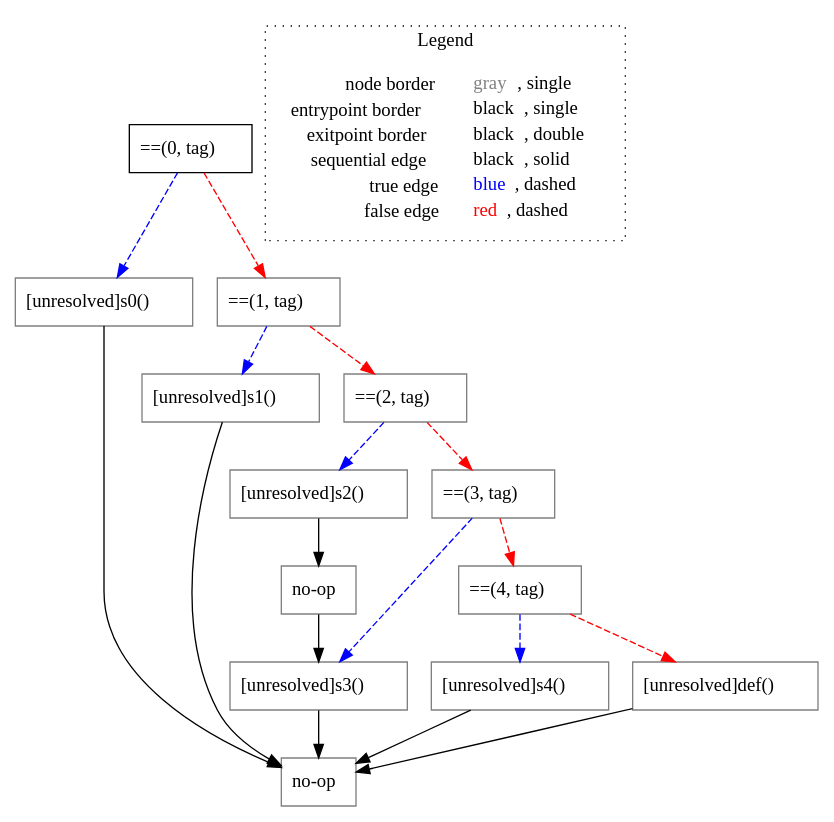
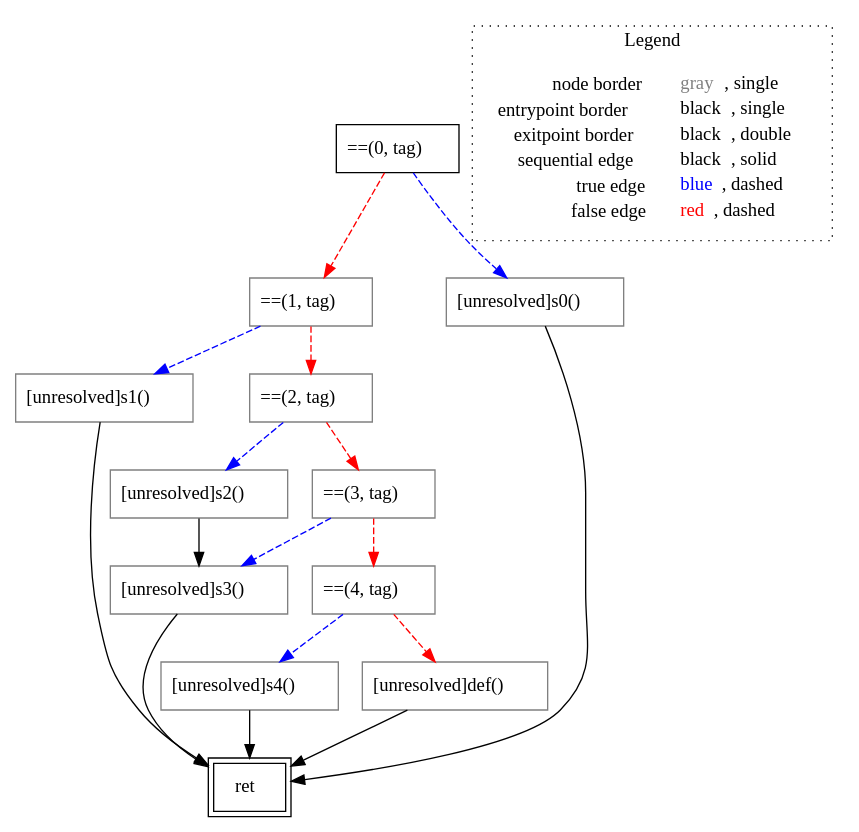
The diagram in go-lisa/test-outputs/cfg/switch/untyped_~LiSAProgram.mixed(int_tag).dot (lisa-analyzer/go-lisa), drawn with Graphviz before and after one commit. The commit also changed 27 other files, not shown here.

```diff
--- a/go-lisa/test-outputs/cfg/switch/untyped_~LiSAProgram.mixed(int_tag).dot
+++ b/go-lisa/test-outputs/cfg/switch/untyped_~LiSAProgram.mixed(int_tag).dot
@@ -1,39 +1,37 @@
 digraph {
 	"node0" [shape="rect",color="black",label=<==(0, tag)>];
-	"node1" [shape="rect",color="gray",label=<[unresolved]s4()>];
-	"node2" [shape="rect",color="gray",label=<==(4, tag)>];
-	"node3" [shape="rect",color="gray",label=<[unresolved]s2()>];
-	"node4" [shape="rect",color="gray",label=<[unresolved]def()>];
-	"node5" [shape="rect",color="gray",label=<[unresolved]s3()>];
-	"node6" [shape="rect",color="gray",label=<[unresolved]s0()>];
-	"node7" [shape="rect",color="gray",label=<[unresolved]s1()>];
-	"node8" [shape="rect",color="gray",label=<==(3, tag)>];
-	"node9" [shape="rect",color="gray",label=<==(2, tag)>];
-	"node10" [shape="rect",color="gray",label=<no-op>];
-	"node11" [shape="rect",color="gray",label=<==(1, tag)>];
-	"node12" [shape="rect",color="gray",label=<no-op>];
-	"node1" -> "node12" [color="black"];
-	"node2" -> "node1" [color="blue",style="dashed"];
-	"node2" -> "node4" [color="red",style="dashed"];
-	"node3" -> "node10" [color="black"];
-	"node4" -> "node12" [color="black"];
-	"node5" -> "node12" [color="black"];
-	"node6" -> "node12" [color="black"];
-	"node7" -> "node12" [color="black"];
-	"node8" -> "node2" [color="red",style="dashed"];
-	"node8" -> "node5" [color="blue",style="dashed"];
-	"node9" -> "node3" [color="blue",style="dashed"];
-	"node9" -> "node8" [color="red",style="dashed"];
-	"node10" -> "node5" [color="black"];
-	"node11" -> "node7" [color="blue",style="dashed"];
-	"node11" -> "node9" [color="red",style="dashed"];
-	"node0" -> "node11" [color="red",style="dashed"];
-	"node0" -> "node6" [color="blue",style="dashed"];
+	"node1" [shape="rect",color="black",peripheries="2",label=<ret>];
+	"node2" [shape="rect",color="gray",label=<==(1, tag)>];
+	"node3" [shape="rect",color="gray",label=<==(4, tag)>];
+	"node4" [shape="rect",color="gray",label=<[unresolved]s2()>];
+	"node5" [shape="rect",color="gray",label=<==(3, tag)>];
+	"node6" [shape="rect",color="gray",label=<[unresolved]s1()>];
+	"node7" [shape="rect",color="gray",label=<[unresolved]s0()>];
+	"node8" [shape="rect",color="gray",label=<==(2, tag)>];
+	"node9" [shape="rect",color="gray",label=<[unresolved]s4()>];
+	"node10" [shape="rect",color="gray",label=<[unresolved]s3()>];
+	"node11" [shape="rect",color="gray",label=<[unresolved]def()>];
+	"node2" -> "node6" [color="blue",style="dashed"];
+	"node2" -> "node8" [color="red",style="dashed"];
+	"node3" -> "node9" [color="blue",style="dashed"];
+	"node3" -> "node11" [color="red",style="dashed"];
+	"node4" -> "node10" [color="black"];
+	"node5" -> "node10" [color="blue",style="dashed"];
+	"node5" -> "node3" [color="red",style="dashed"];
+	"node6" -> "node1" [color="black"];
+	"node7" -> "node1" [color="black"];
+	"node8" -> "node4" [color="blue",style="dashed"];
+	"node8" -> "node5" [color="red",style="dashed"];
+	"node9" -> "node1" [color="black"];
+	"node10" -> "node1" [color="black"];
+	"node0" -> "node7" [color="blue",style="dashed"];
+	"node0" -> "node2" [color="red",style="dashed"];
+	"node11" -> "node1" [color="black"];
 subgraph cluster_legend {
 	label="Legend";
 	style=dotted;
 	node [shape=plaintext];
 	"legend" [label=<<table border="0" cellpadding="2" cellspacing="0" cellborder="0"><tr><td align="right">node border&nbsp;</td><td align="left"><font color="gray">gray</font>, single</td></tr><tr><td align="right">entrypoint border&nbsp;</td><td align="left"><font color="black">black</font>, single</td></tr><tr><td align="right">exitpoint border&nbsp;</td><td align="left"><font color="black">black</font>, double</td></tr><tr><td align="right">sequential edge&nbsp;</td><td align="left"><font color="black">black</font>, solid</td></tr><tr><td align="right">true edge&nbsp;</td><td align="left"><font color="blue">blue</font>, dashed</td></tr><tr><td align="right">false edge&nbsp;</td><td align="left"><font color="red">red</font>, dashed</td></tr></table>>];
 }
 
 }
```
